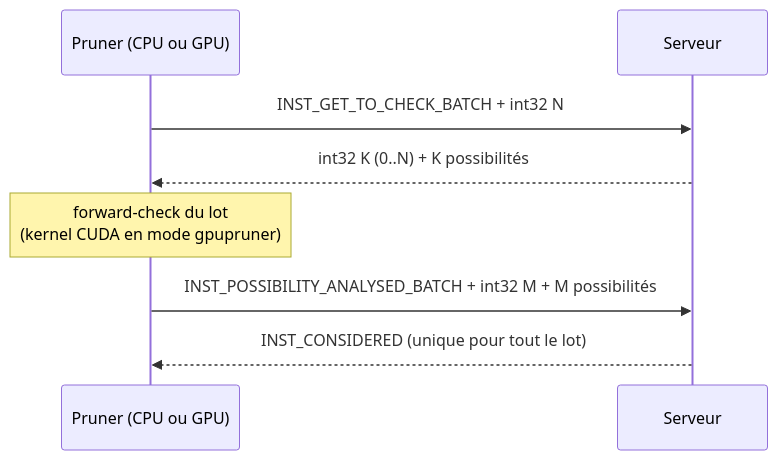
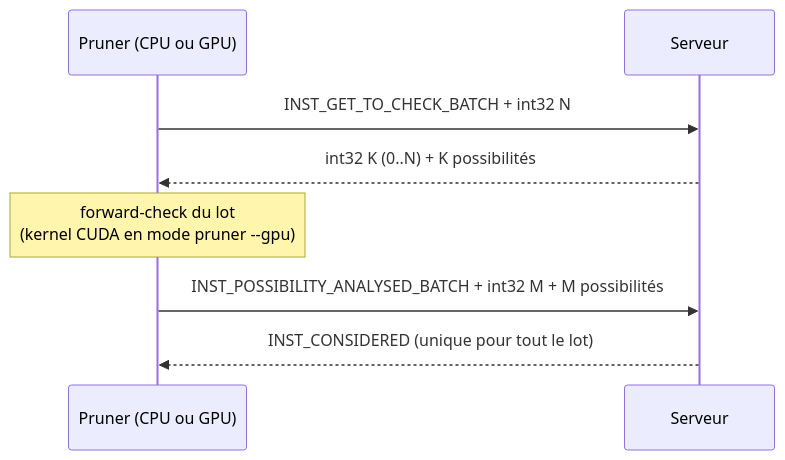
Before and after one commit to xaviergriffon/eternityII: the fourth of 6 diagrams in docs/echanges_client_serveur.md, drawn with Mermaid. The commit also changed other lines of this file and 22 other files, not shown here.

Commit message:
Simplifie les noms des modes (server/client/pruner) et remplace gpupruner par l'option --gpu

````diff
--- a/docs/echanges_client_serveur.md
+++ b/docs/echanges_client_serveur.md
@@ -121,10 +121,10 @@
 ```mermaid
 sequenceDiagram
     participant P as Pruner (CPU ou GPU)
     participant S as Serveur
     P->>S: INST_GET_TO_CHECK_BATCH + int32 N
     S-->>P: int32 K (0..N) + K possibilités
-    Note over P: forward-check du lot<br/>(kernel CUDA en mode gpupruner)
+    Note over P: forward-check du lot<br/>(kernel CUDA en mode pruner --gpu)
     P->>S: INST_POSSIBILITY_ANALYSED_BATCH + int32 M + M possibilités
     S-->>P: INST_CONSIDERED (unique pour tout le lot)
 ```
````
